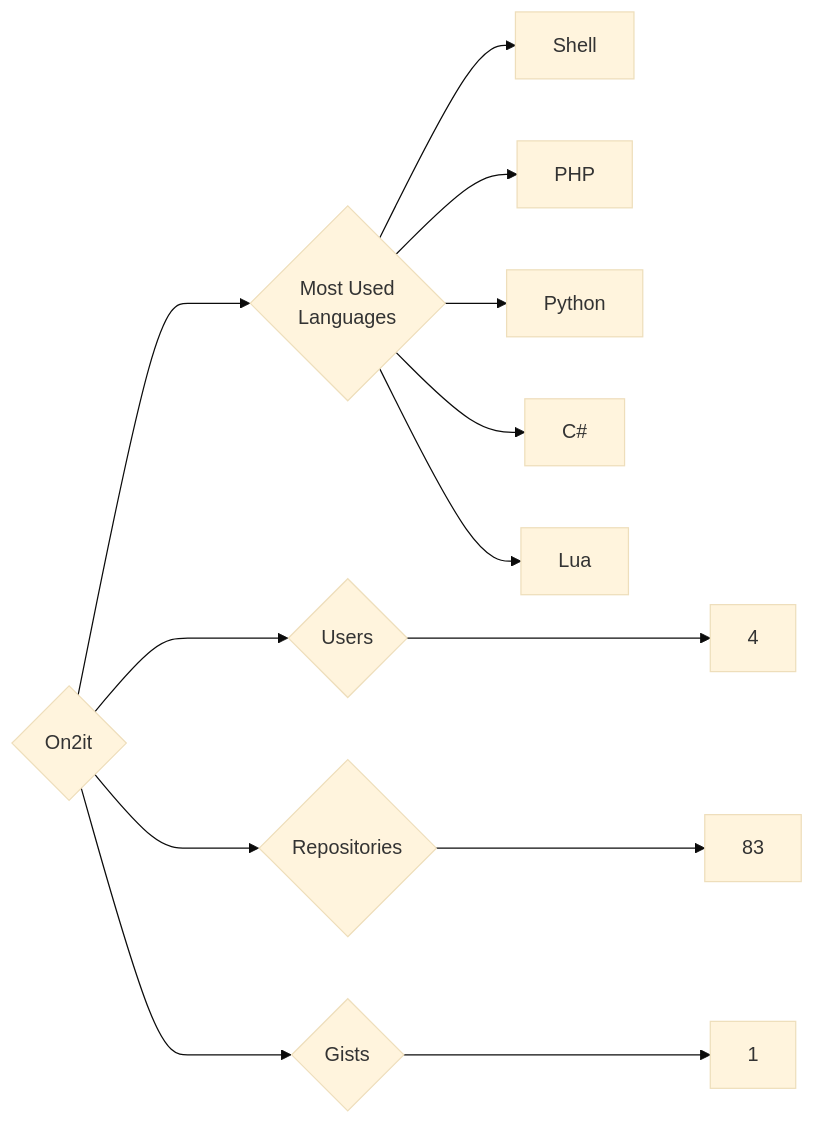
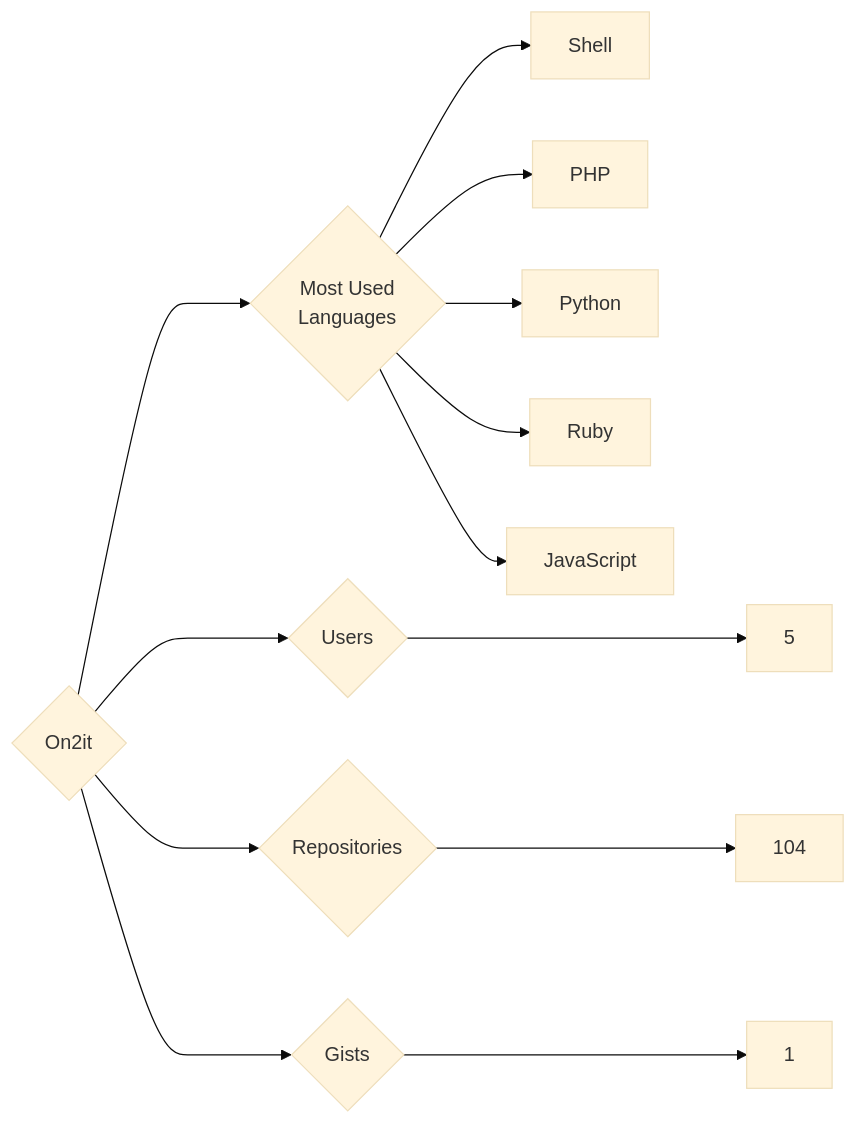
Before and after one commit to trickest/insiders: the diagram in targets/On2it/README.md, drawn with Mermaid (base theme). The commit also changed 799 other files, not shown here.

````diff
--- a/targets/On2it/README.md
+++ b/targets/On2it/README.md
@@ -3,13 +3,13 @@
 ```mermaid
 graph LR
 COMPANY_NAME{On2it}
-COMPANY_NAME ---> U{Users} ---> UN[4]
-COMPANY_NAME ---> R{Repositories} ---> RN[83]
+COMPANY_NAME ---> U{Users} ---> UN[5]
+COMPANY_NAME ---> R{Repositories} ---> RN[104]
 COMPANY_NAME ---> G{Gists} ---> GN[1]
 COMPANY_NAME ---> ML{Most Used<br>Languages}
 ML --> Shell[Shell]
 ML --> PHP[PHP]
 ML --> Python[Python]
-ML --> C#[C#]
-ML --> Lua[Lua]
+ML --> Ruby[Ruby]
+ML --> JavaScript[JavaScript]
 ```
````
